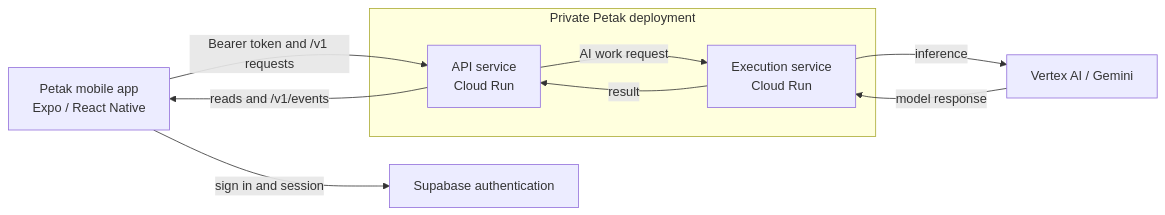
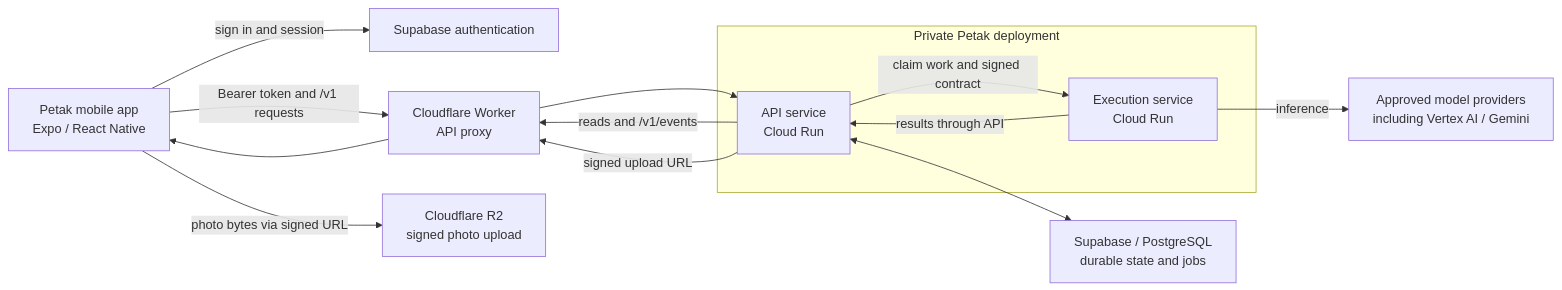
The first of 3 diagrams in docs/architecture.md (FhikarZul/petak-builder-cup-2026), drawn with Mermaid before and after one commit. The commit also changed other lines of this file and 6 other files, not shown here.

Commit message:
Add Builder Cup architecture slide and align docs

````diff
--- a/docs/architecture.md
+++ b/docs/architecture.md
@@ -16,17 +19,24 @@
 ```mermaid
 flowchart LR
   Mobile["Petak mobile app<br/>Expo / React Native"]
   Auth["Supabase authentication"]
+  Proxy["Cloudflare Worker<br/>API proxy"]
+  R2["Cloudflare R2<br/>signed photo upload"]
   subgraph Private["Private Petak deployment"]
     API["API service<br/>Cloud Run"]
     Execution["Execution service<br/>Cloud Run"]
   end
-  Vertex["Vertex AI / Gemini"]
+  DB["Supabase / PostgreSQL<br/>durable state and jobs"]
+  Models["Approved model providers<br/>including Vertex AI / Gemini"]
   Mobile -->|sign in and session| Auth
-  Mobile -->|Bearer token and /v1 requests| API
-  API -->|AI work request| Execution
-  Execution -->|inference| Vertex
-  Vertex -->|model response| Execution
-  Execution -->|result| API
-  API -->|reads and /v1/events| Mobile
+  Mobile -->|Bearer token and /v1 requests| Proxy
+  Proxy --> API
+  API <--> DB
+  API -->|claim work and signed contract| Execution
+  Execution -->|inference| Models
+  Execution -->|results through API| API
+  API -->|reads and /v1/events| Proxy
+  Proxy --> Mobile
+  API -->|signed upload URL| Proxy
+  Mobile -->|photo bytes via signed URL| R2
 ```
````
